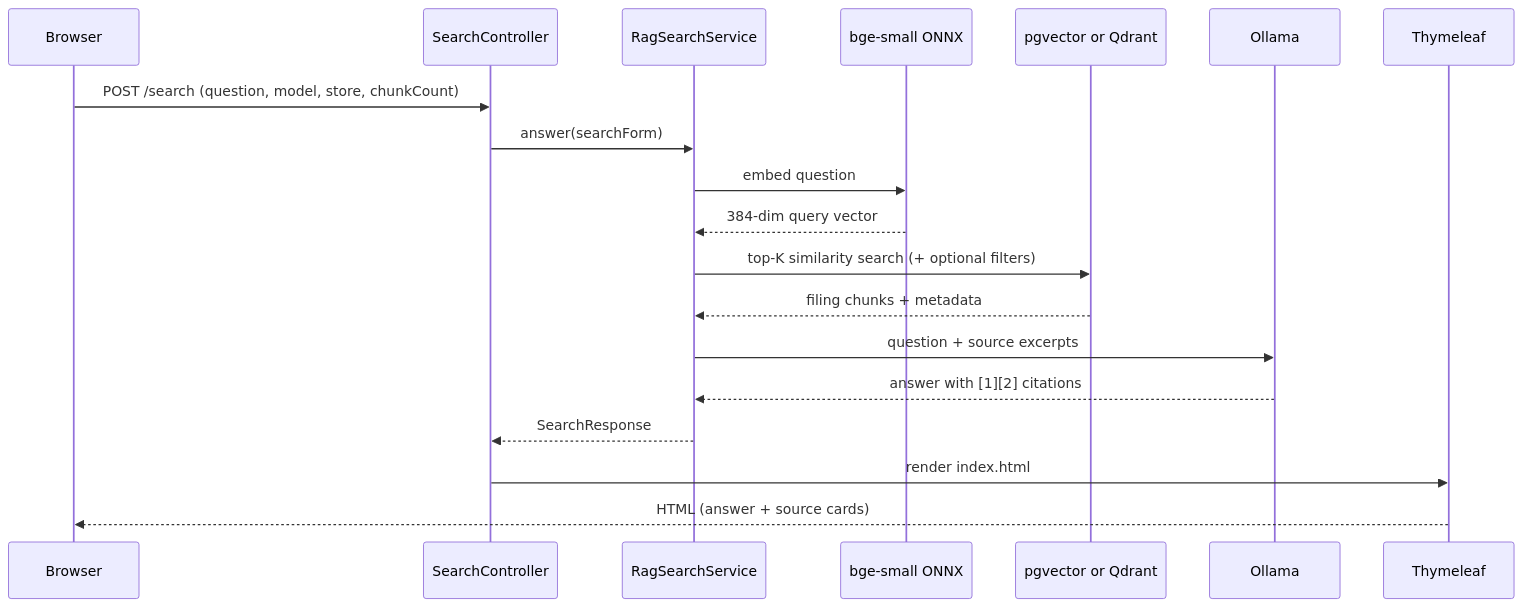
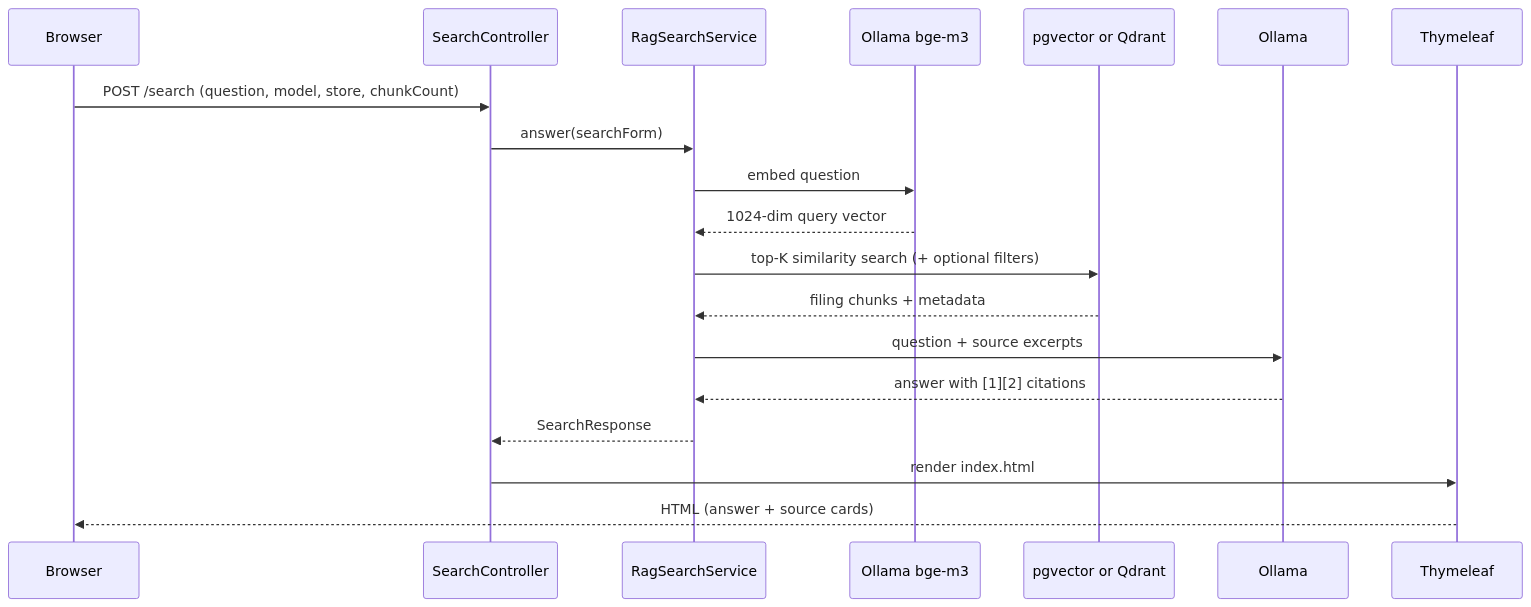
Before and after one commit to sanjuthomas/sec-edgar-filings-semantic-search-ui: the diagram in README.md, drawn with Mermaid. The commit also changed other lines of this file and 15 other files, not shown here.

First line of the commit message:
Add Ollama BGE-M3 embeddings and hybrid pgvector+BM25 retrieval.

````diff
--- a/README.md
+++ b/README.md
@@ -154,22 +152,22 @@
 ```mermaid
 sequenceDiagram
     participant Browser
     participant Controller as SearchController
     participant RAG as RagSearchService
-    participant Embed as bge-small ONNX
+    participant Embed as Ollama bge-m3
     participant Store as pgvector or Qdrant
     participant LLM as Ollama
     participant View as Thymeleaf
 
     Browser->>Controller: POST /search (question, model, store, chunkCount)
     Controller->>RAG: answer(searchForm)
     RAG->>Embed: embed question
-    Embed-->>RAG: 384-dim query vector
+    Embed-->>RAG: 1024-dim query vector
     RAG->>Store: top-K similarity search (+ optional filters)
     Store-->>RAG: filing chunks + metadata
     RAG->>LLM: question + source excerpts
     LLM-->>RAG: answer with [1][2] citations
     RAG-->>Controller: SearchResponse
     Controller->>View: render index.html
     View-->>Browser: HTML (answer + source cards)
 ```
````
